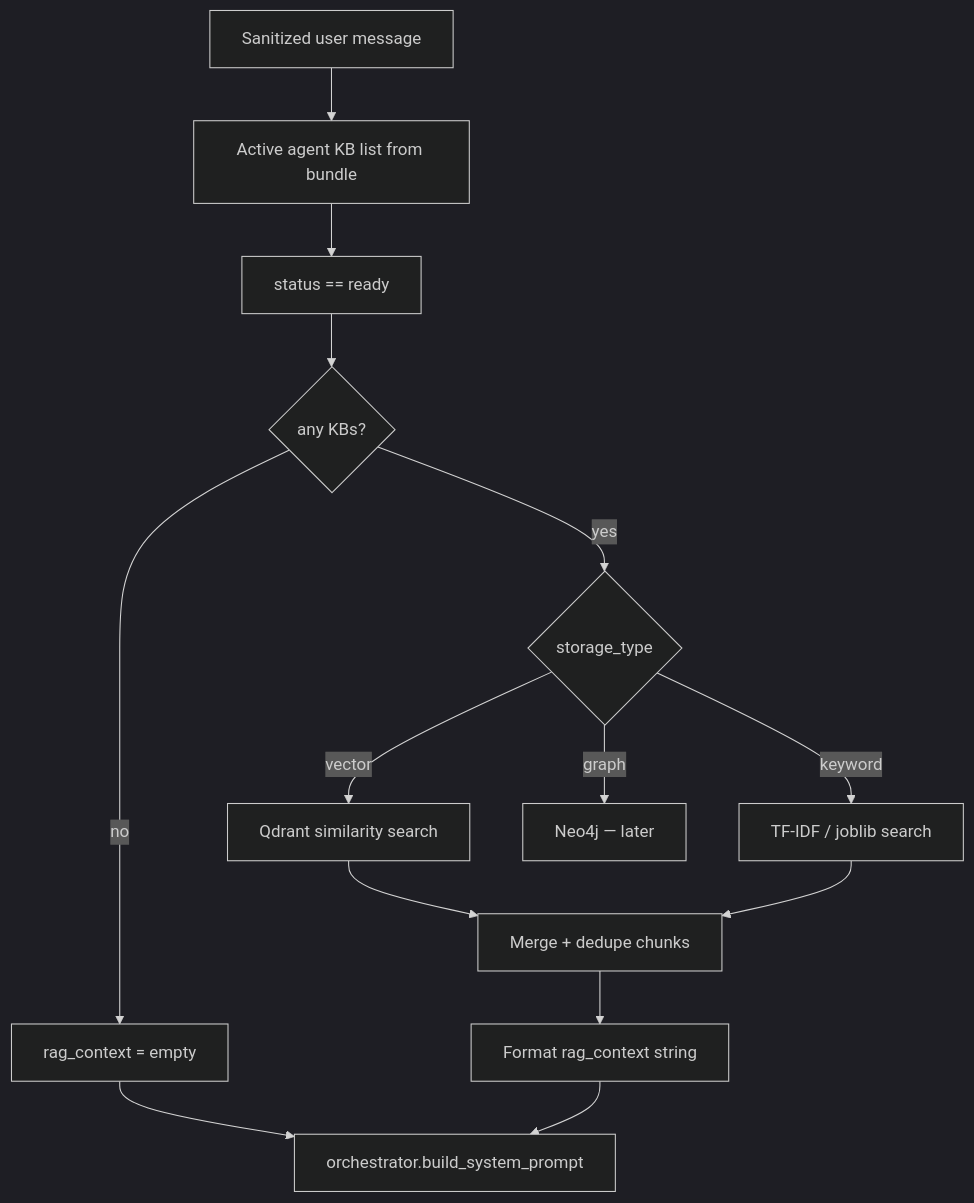
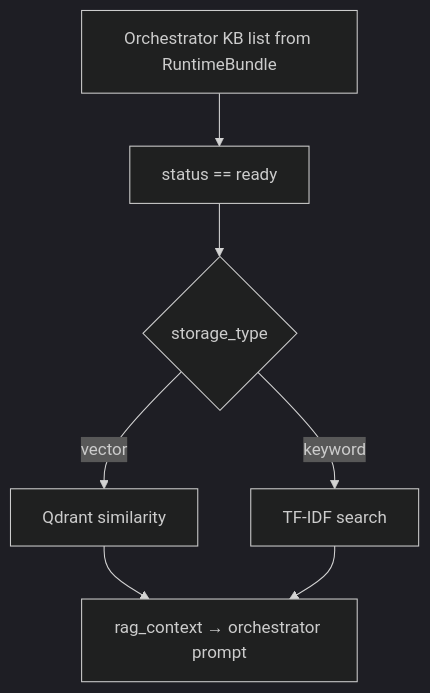
The diagram in backend/document/chat/03-rag-at-chat-diagrams.md (shehan-jayasinghe/bot-builder), drawn with Mermaid (dark theme) before and after one commit. The commit also changed other lines of this file and 22 other files, not shown here.

````diff
--- a/backend/document/chat/03-rag-at-chat-diagrams.md
+++ b/backend/document/chat/03-rag-at-chat-diagrams.md
@@ -30,19 +17,10 @@
 ```mermaid
 flowchart TB
-    MSG[Sanitized user message]
-    MSG --> SCOPE[Active agent KB list from bundle]
+    SCOPE[Orchestrator KB list from RuntimeBundle]
     SCOPE --> FILTER[status == ready]
-    FILTER --> EMPTY{any KBs?}
-    EMPTY -->|no| SKIP[rag_context = empty]
-    EMPTY -->|yes| TYPE{storage_type}
-
-    TYPE -->|vector| Q[Qdrant similarity search]
-    TYPE -->|keyword| T[TF-IDF / joblib search]
-    TYPE -->|graph| G[Neo4j — later]
-
-    Q --> MERGE[Merge + dedupe chunks]
-    T --> MERGE
-    MERGE --> CTX[Format rag_context string]
-    SKIP --> PROMPT[orchestrator.build_system_prompt]
-    CTX --> PROMPT
+    FILTER --> TYPE{storage_type}
+    TYPE -->|vector| Q[Qdrant similarity]
+    TYPE -->|keyword| T[TF-IDF search]
+    Q --> CTX[rag_context → orchestrator prompt]
+    T --> CTX
 ```
````
